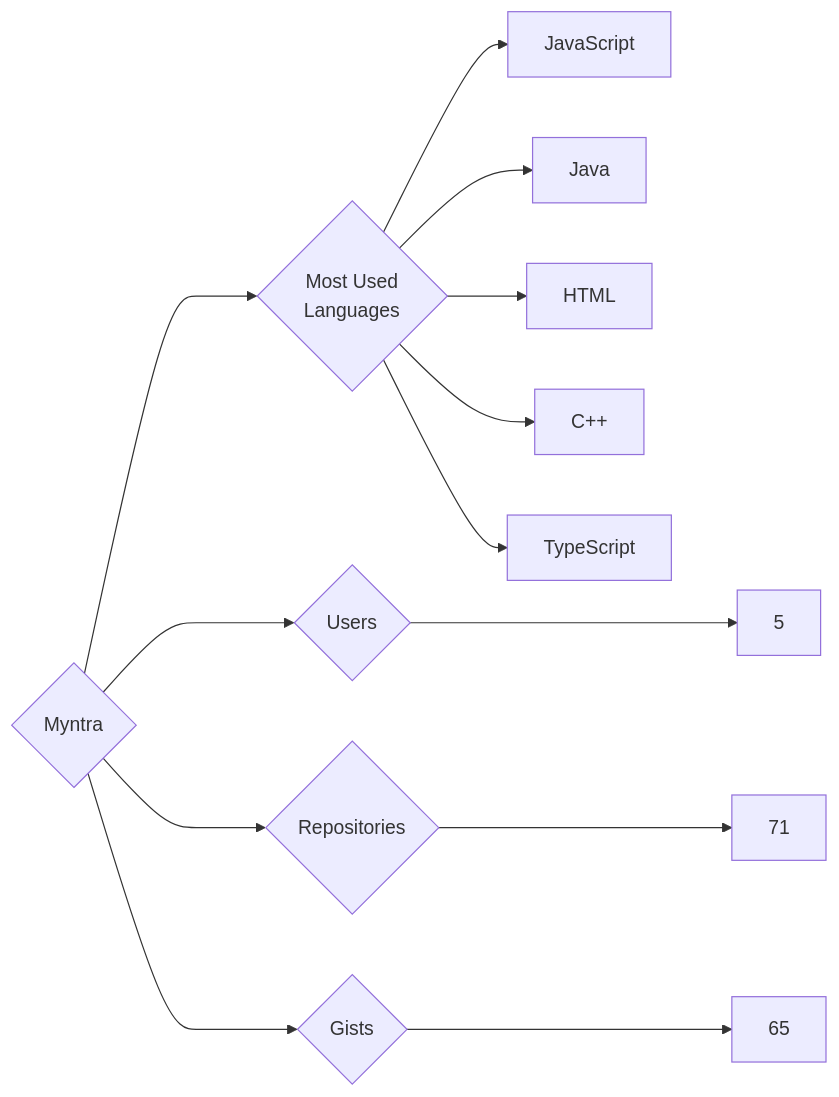
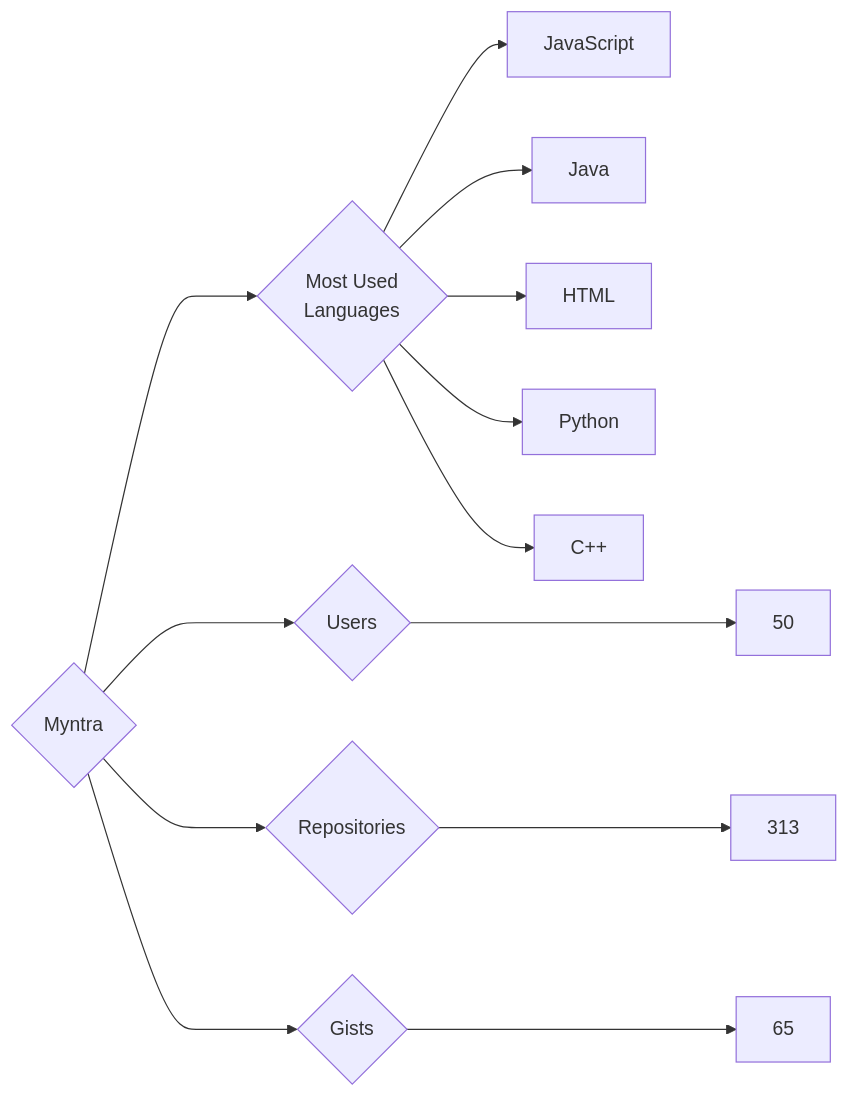
One commit to trickest/insiders changed the diagram in targets/Myntra/README.md. Above: the diagram before and after it, drawn with Mermaid. The commit also changed 682 other files, not shown here.

````diff
--- a/targets/Myntra/README.md
+++ b/targets/Myntra/README.md
@@ -3,13 +3,13 @@
 ```mermaid
 graph LR
 COMPANY_NAME{Myntra}
-COMPANY_NAME ---> U{Users} ---> UN[5]
-COMPANY_NAME ---> R{Repositories} ---> RN[71]
+COMPANY_NAME ---> U{Users} ---> UN[50]
+COMPANY_NAME ---> R{Repositories} ---> RN[313]
 COMPANY_NAME ---> G{Gists} ---> GN[65]
 COMPANY_NAME ---> ML{Most Used<br>Languages}
 ML --> JavaScript[JavaScript]
 ML --> Java[Java]
 ML --> HTML[HTML]
+ML --> Python[Python]
 ML --> C++[C++]
-ML --> TypeScript[TypeScript]
 ```
````
